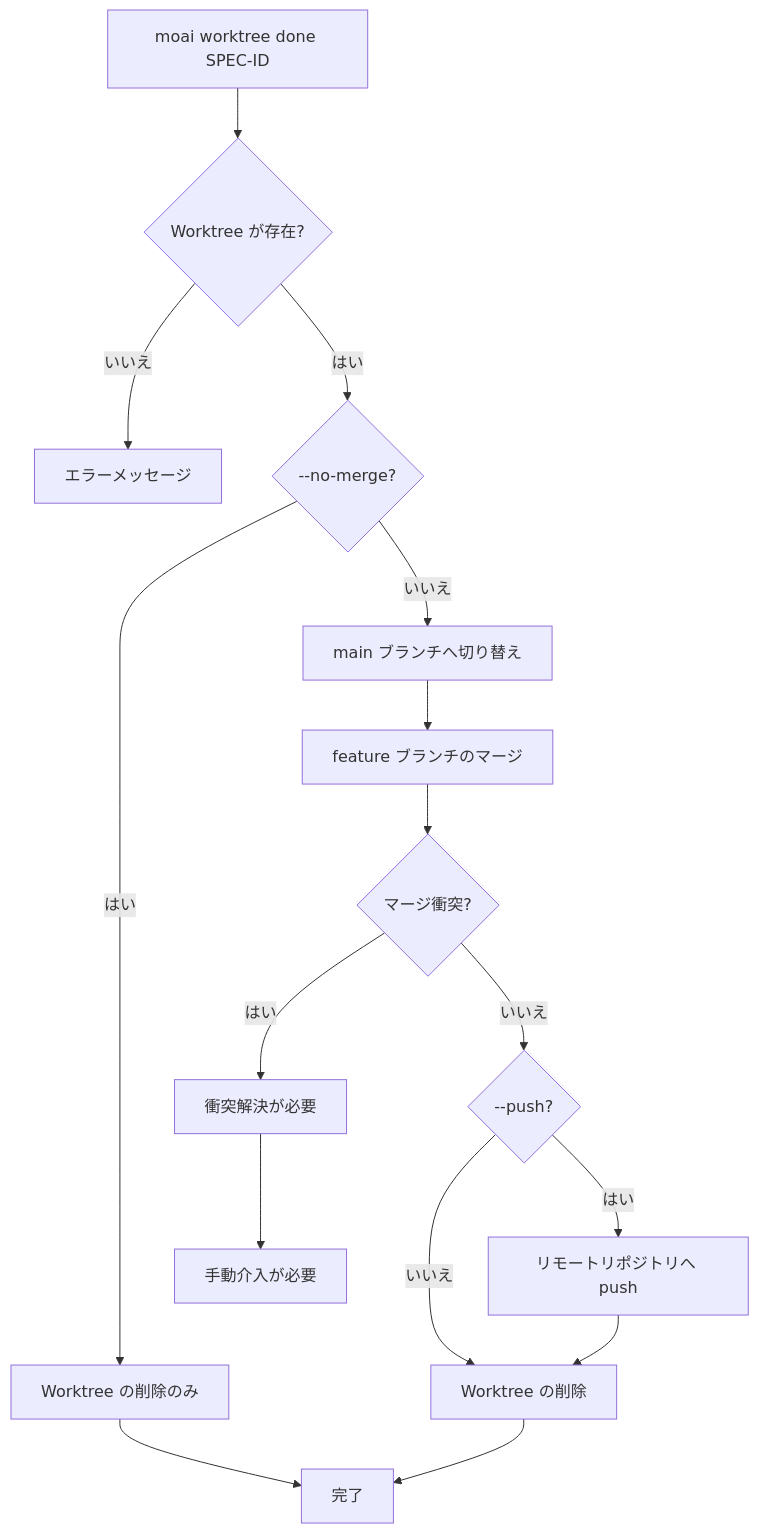
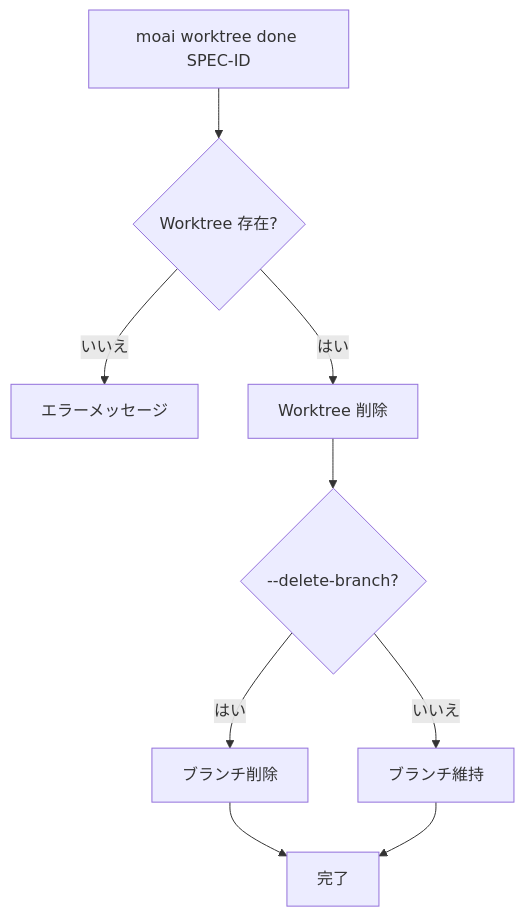
Before and after one commit to modu-ai/moai-adk: the fourth of 10 diagrams in docs-site/content/ja/worktree/guide.md, drawn with Mermaid. The commit also changed other lines of this file and 180 other files, not shown here.

````diff
--- a/docs-site/content/ja/worktree/guide.md
+++ b/docs-site/content/ja/worktree/guide.md
@@ -227,18 +231,11 @@
 ```mermaid
 flowchart TD
-    A[moai worktree done SPEC-ID] --> B{Worktree が存在?}
+    A[moai worktree done SPEC-ID] --> B{Worktree 存在?}
     B -->|いいえ| C[エラーメッセージ]
-    B -->|はい| D{--no-merge?}
-    D -->|はい| E[Worktree の削除のみ]
-    D -->|いいえ| F[main ブランチへ切り替え]
-    F --> G[feature ブランチのマージ]
-    G --> H{マージ衝突?}
-    H -->|はい| I[衝突解決が必要]
-    H -->|いいえ| J{--push?}
-    J -->|はい| K[リモートリポジトリへ push]
-    J -->|いいえ| L[Worktree の削除]
-    K --> L
-    E --> M[完了]
-    L --> M
-    I --> N[手動介入が必要]
+    B -->|はい| D[Worktree 削除]
+    D --> E{--delete-branch?}
+    E -->|はい| F[ブランチ削除]
+    E -->|いいえ| G[ブランチ維持]
+    F --> H[完了]
+    G --> H[完了]
 ```
````
